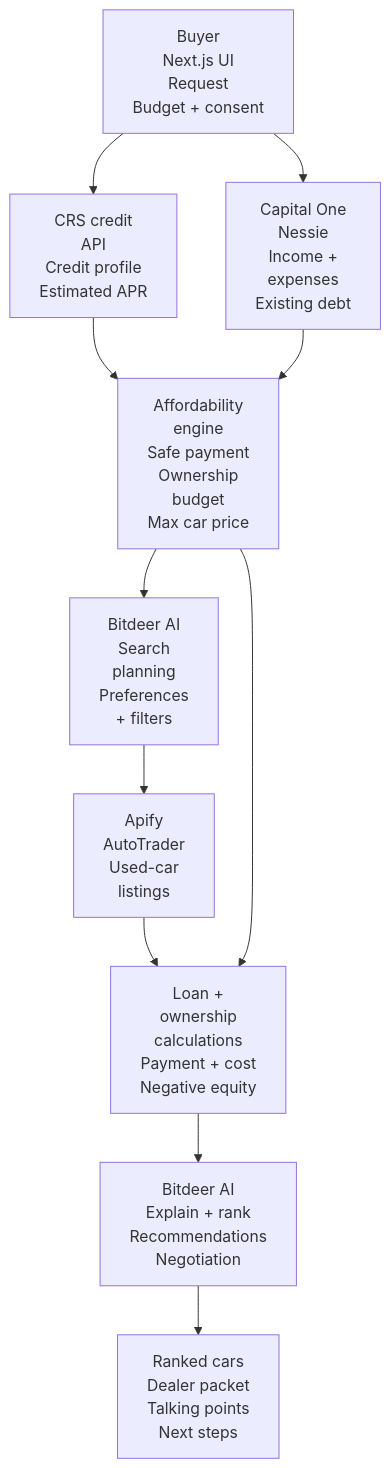
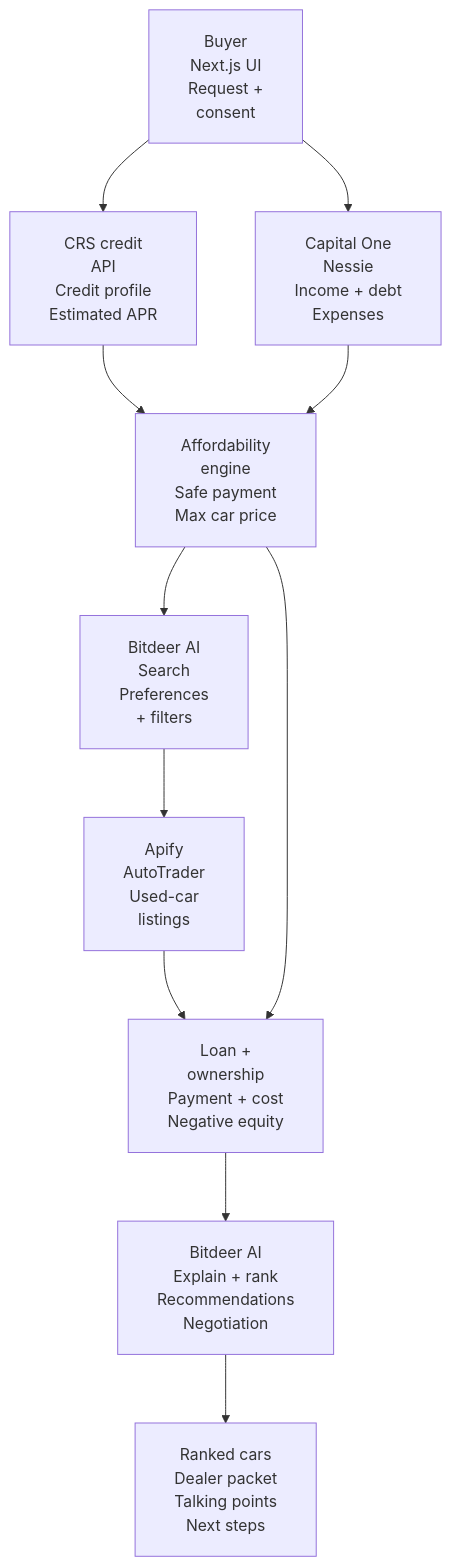
Before and after one commit to aungbbo/second-gear: the diagram in README.md, drawn with Mermaid.

Commit message:
docs: standardize workflow diagram boxes

````diff
--- a/README.md
+++ b/README.md
@@ -7,23 +7,24 @@
 ```mermaid
+%%{init: {"flowchart": {"nodeSpacing": 60, "rankSpacing": 70, "wrappingWidth": 180, "minNodeWidth": 220, "padding": 20}, "themeVariables": {"fontSize": "16px"}}}%%
 flowchart TD
-    A["Buyer<br/>Next.js UI<br/>Request<br/>Budget + consent"]
+    A["Buyer<br/>Next.js UI<br/>Request +<br/>consent"]
     B["CRS credit<br/>API<br/>Credit profile<br/>Estimated APR"]
-    C["Capital One<br/>Nessie<br/>Income +<br/>expenses<br/>Existing debt"]
-    D["Affordability<br/>engine<br/>Safe payment<br/>Ownership<br/>budget<br/>Max car price"]
-    E["Bitdeer AI<br/>Search<br/>planning<br/>Preferences<br/>+ filters"]
+    C["Capital One<br/>Nessie<br/>Income + debt<br/>Expenses"]
+    D["Affordability<br/>engine<br/>Safe payment<br/>Max car price"]
+    E["Bitdeer AI<br/>Search<br/>Preferences<br/>+ filters"]
     F["Apify<br/>AutoTrader<br/>Used-car<br/>listings"]
-    G["Loan +<br/>ownership<br/>calculations<br/>Payment + cost<br/>Negative equity"]
+    G["Loan +<br/>ownership<br/>Payment + cost<br/>Negative equity"]
     H["Bitdeer AI<br/>Explain + rank<br/>Recommendations<br/>Negotiation"]
     I["Ranked cars<br/>Dealer packet<br/>Talking points<br/>Next steps"]
 
     A --> B
     A --> C
     B --> D
     C --> D
     D --> E
     E --> F
     F --> G
     D --> G
     G --> H
     H --> I
 ```
````
